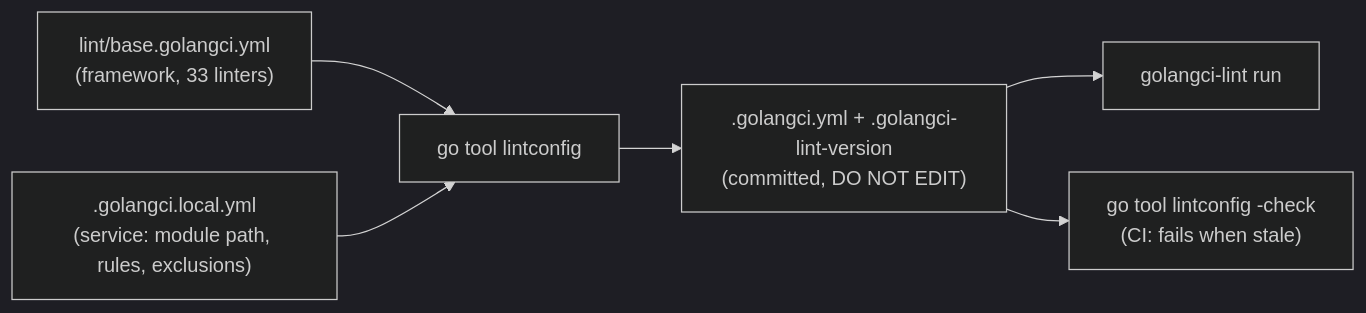
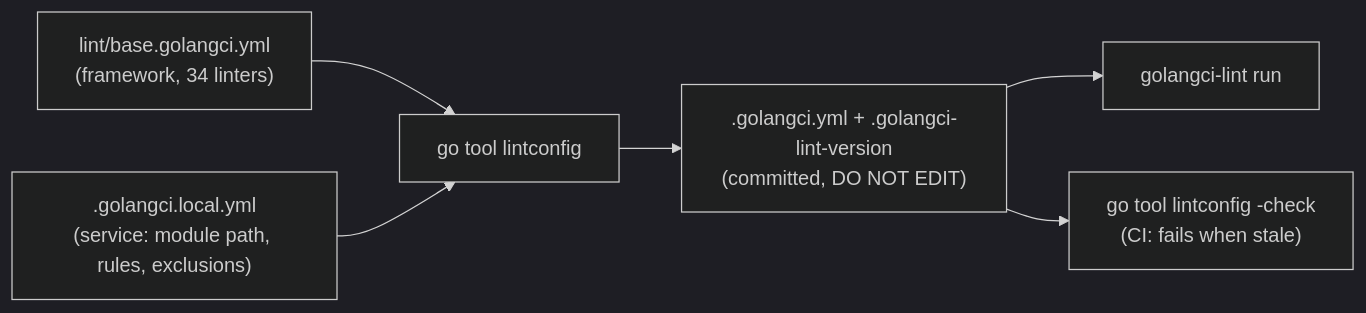
One commit to nanostack-dev/nanostack-framework changed the diagram in docs/research/lint-standard-architecture.md. Above: the diagram before and after it, drawn with Mermaid (dark theme). The commit also changed 27 other files, not shown here.

Commit message:
docs: ADRs 0013-0022, architecture, generation and vocabulary for the framework core

````diff
--- a/docs/research/lint-standard-architecture.md
+++ b/docs/research/lint-standard-architecture.md
@@ -13,8 +13,8 @@
 ```mermaid
 flowchart LR
-  base["lint/base.golangci.yml<br/>(framework, 33 linters)"] --> gen
+  base["lint/base.golangci.yml<br/>(framework, 34 linters)"] --> gen
   overlay[".golangci.local.yml<br/>(service: module path, rules, exclusions)"] --> gen
   gen["go tool lintconfig"] --> out[".golangci.yml + .golangci-lint-version<br/>(committed, DO NOT EDIT)"]
   out --> run["golangci-lint run"]
   out --> check["go tool lintconfig -check<br/>(CI: fails when stale)"]
 ```
````
